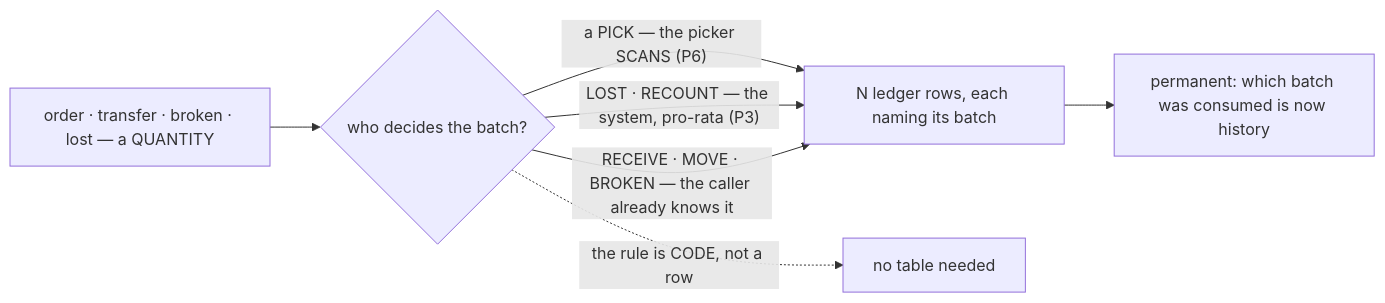
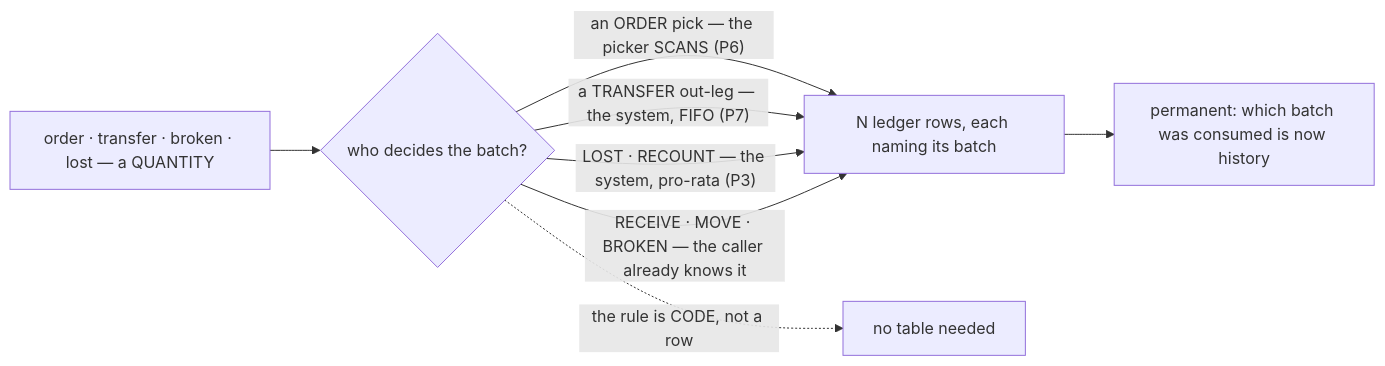
One commit to pdcgo/warehouse_revamp changed the seventh of 15 diagrams in disscuss/architecture/batch_selection.md. Above: the diagram before and after it, drawn with Mermaid. The commit also changed other lines of this file and 28 other files, not shown here.

````diff
--- a/disscuss/architecture/batch_selection.md
+++ b/disscuss/architecture/batch_selection.md
@@ -209,10 +257,11 @@
 ```mermaid
 flowchart LR
   T["order · transfer · broken · lost — a QUANTITY"]
   T --> D{"who decides the batch?"}
-  D -->|"a PICK — the picker SCANS (P6)"| L["N ledger rows, each naming its batch"]
+  D -->|"an ORDER pick — the picker SCANS (P6)"| L["N ledger rows, each naming its batch"]
+  D -->|"a TRANSFER out-leg — the system, FIFO (P7)"| L
   D -->|"LOST · RECOUNT — the system, pro-rata (P3)"| L
   D -->|"RECEIVE · MOVE · BROKEN — the caller already knows it"| L
   L --> A["permanent: which batch was consumed is now history"]
   D -.->|"the rule is CODE, not a row"| X["no table needed"]
 ```
````
